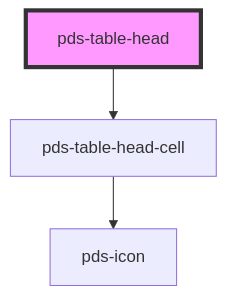
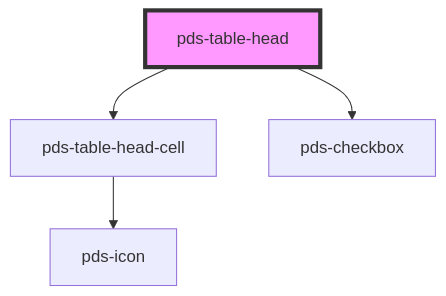
The diagram in libs/core/src/components/pds-table/pds-table-head/readme.md (Kajabi/pine), drawn with Mermaid before and after one commit. The commit also changed other lines of this file and 10 other files, not shown here.

Commit message:
feat(table): adds select all checkbox to the table header

````diff
--- a/libs/core/src/components/pds-table/pds-table-head/readme.md
+++ b/libs/core/src/components/pds-table/pds-table-head/readme.md
@@ -15,6 +31,7 @@
 ```mermaid
 graph TD;
   pds-table-head --> pds-table-head-cell
+  pds-table-head --> pds-checkbox
   pds-table-head-cell --> pds-icon
   style pds-table-head fill:#f9f,stroke:#333,stroke-width:4px
 ```
````
